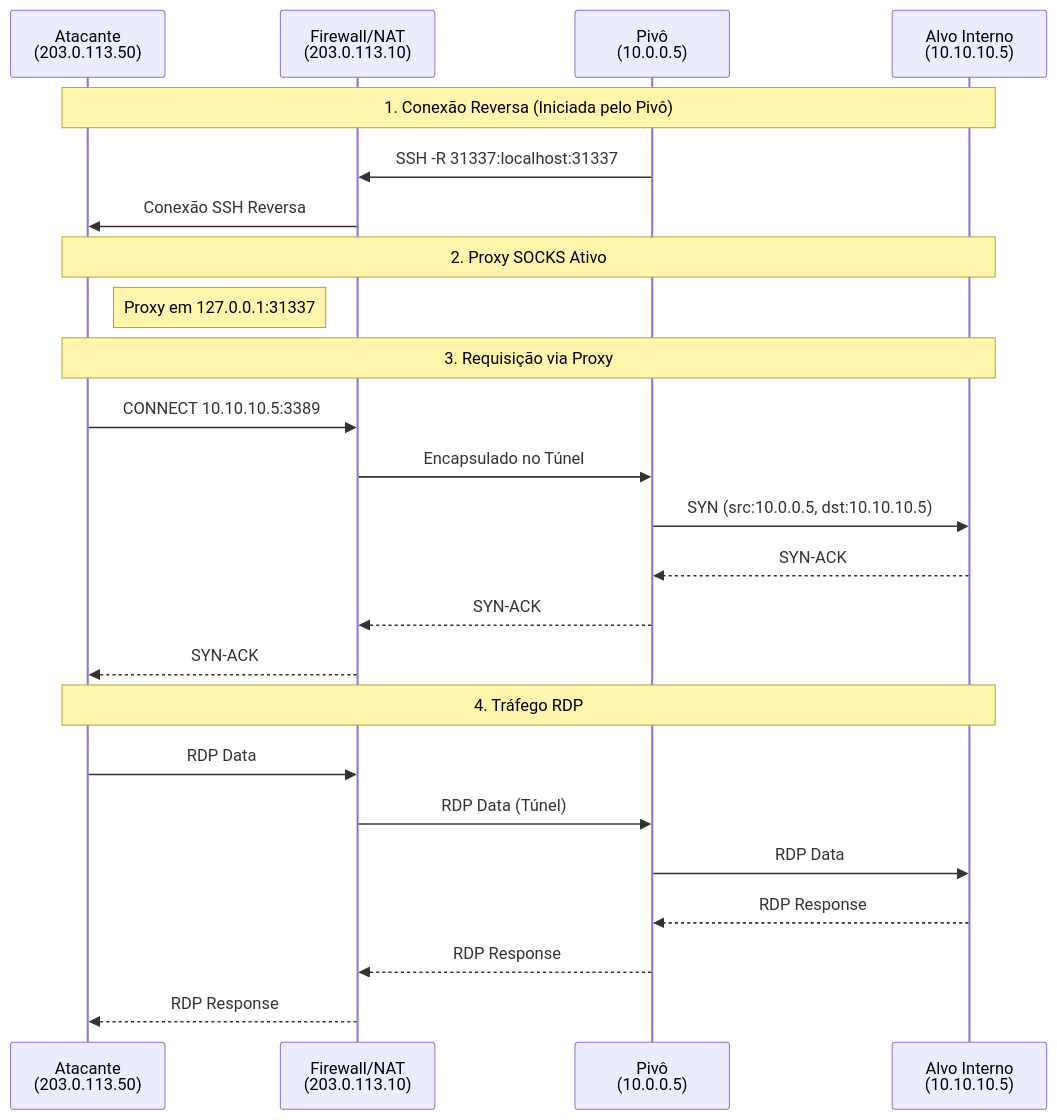
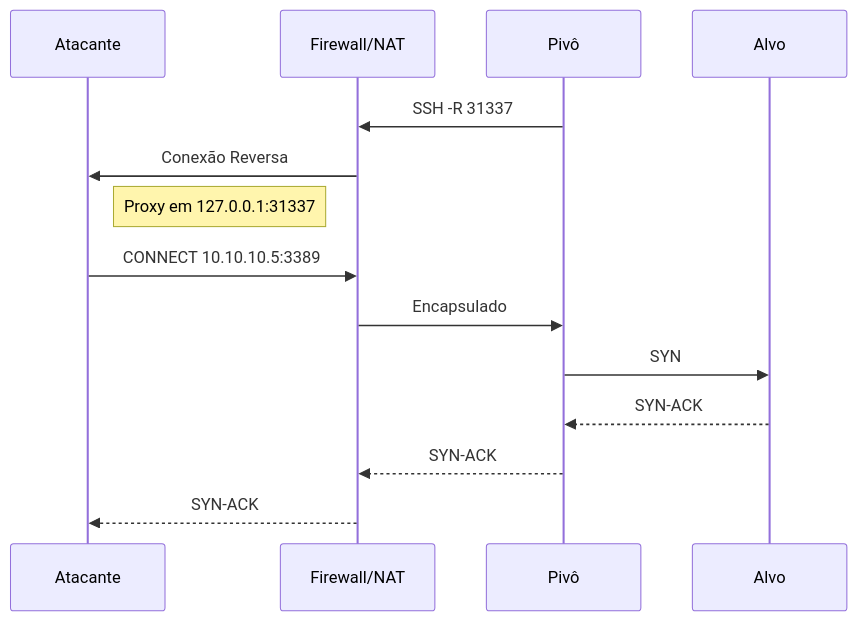
Before and after one commit to Guilherme-alexander/CyberSecurity: diagram 12 of 20 in RedTeam/Guia_Pivoting/pivoting.md, drawn with Mermaid. The commit also changed other lines of this file, not shown here.

````diff
--- a/RedTeam/Guia_Pivoting/pivoting.md
+++ b/RedTeam/Guia_Pivoting/pivoting.md
@@ -511,30 +235,17 @@
 ```mermaid
 sequenceDiagram
-    participant ATK as Atacante<br/>(203.0.113.50)
-    participant NAT as Firewall/NAT<br/>(203.0.113.10)
-    participant PIVO as Pivô<br/>(10.0.0.5)
-    participant ALVO as Alvo Interno<br/>(10.10.10.5)
+    participant ATK as Atacante
+    participant NAT as Firewall/NAT
+    participant PIVO as Pivô
+    participant ALVO as Alvo
     
-    Note over ATK,ALVO: 1. Conexão Reversa (Iniciada pelo Pivô)
-    PIVO->>NAT: SSH -R 31337:localhost:31337
-    NAT->>ATK: Conexão SSH Reversa
-    
-    Note over ATK,ALVO: 2. Proxy SOCKS Ativo
+    PIVO->>NAT: SSH -R 31337
+    NAT->>ATK: Conexão Reversa
     Note right of ATK: Proxy em 127.0.0.1:31337
-    
-    Note over ATK,ALVO: 3. Requisição via Proxy
     ATK->>NAT: CONNECT 10.10.10.5:3389
-    NAT->>PIVO: Encapsulado no Túnel
-    PIVO->>ALVO: SYN (src:10.0.0.5, dst:10.10.10.5)
+    NAT->>PIVO: Encapsulado
+    PIVO->>ALVO: SYN
     ALVO-->>PIVO: SYN-ACK
     PIVO-->>NAT: SYN-ACK
     NAT-->>ATK: SYN-ACK
-    
-    Note over ATK,ALVO: 4. Tráfego RDP
-    ATK->>NAT: RDP Data
-    NAT->>PIVO: RDP Data (Túnel)
-    PIVO->>ALVO: RDP Data
-    ALVO-->>PIVO: RDP Response
-    PIVO-->>NAT: RDP Response
-    NAT-->>ATK: RDP Response
 ```
````
